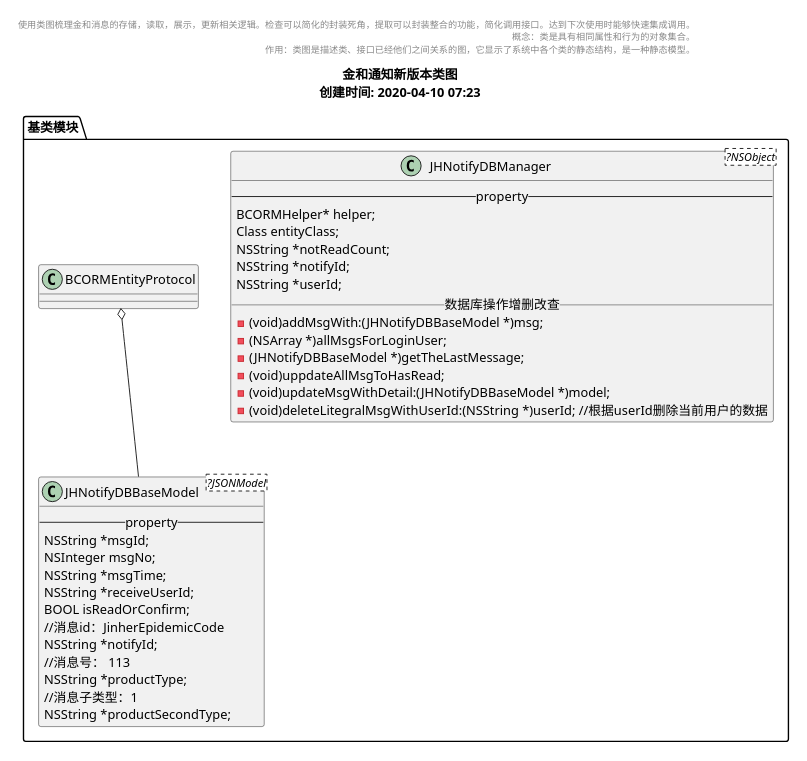
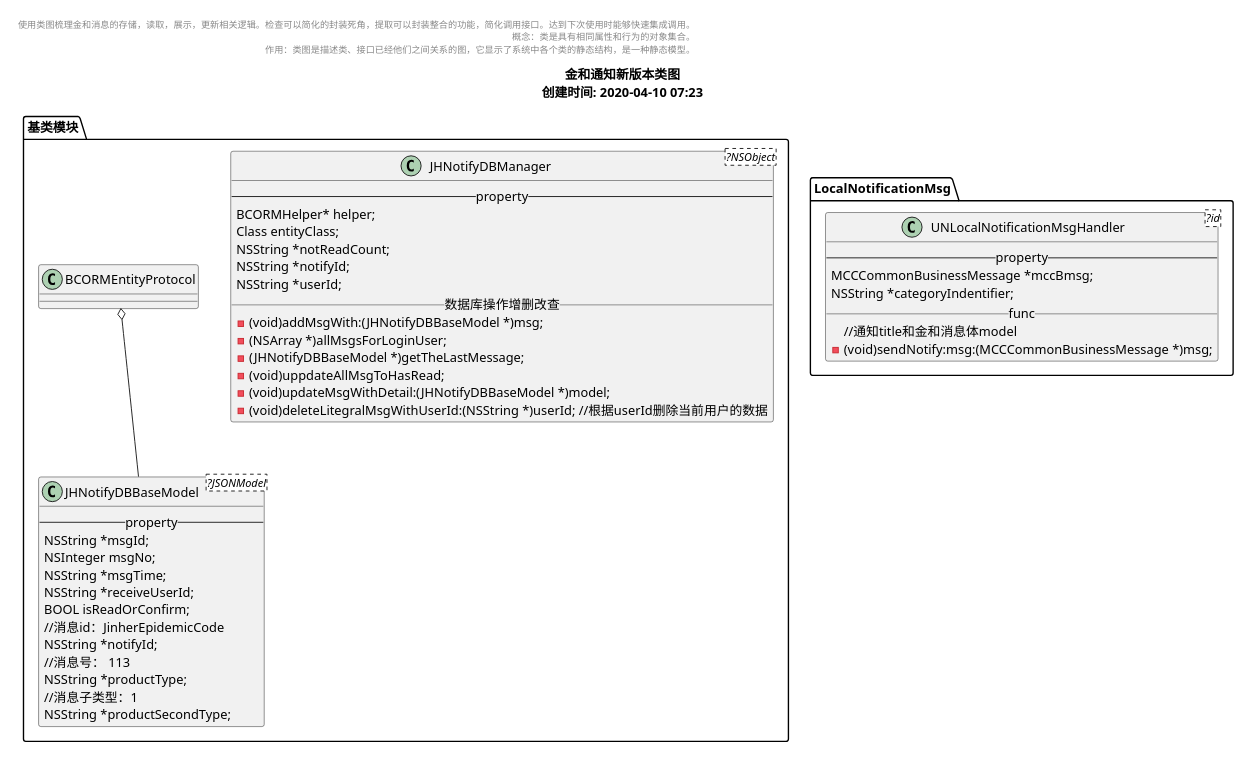
Before and after one commit to iT-Boyer/iDocs: the diagram in uml/jhnotify/notify-cls.plantuml, drawn with PlantUML.

Commit message:
功能点：金和消息类图编写 问题：

```diff
--- a/uml/jhnotify/notify-cls.plantuml
+++ b/uml/jhnotify/notify-cls.plantuml
@@ -1,48 +1,62 @@
 @startuml
 scale 0.5
 page 1x1
 title
         金和通知新版本类图
         创建时间: 2020-04-10 07:23
         endtitle
         left header
                 使用类图梳理金和消息的存储，读取，展示，更新相关逻辑。检查可以简化的封装死角，提取可以封装整合的功能，简化调用接口。达到下次使用时能够快速集成调用。
                 概念：类是具有相同属性和行为的对象集合。
                 作用：类图是描述类、接口已经他们之间关系的图，它显示了系统中各个类的静态结构，是一种静态模型。
         endheader
 
         'type:package，node，folder，frame，cloud，database
         folder "基类模块" as base{
                 class "JHNotifyDBManager" as baseDao <?NSObject> {
                         -- property --
                         BCORMHelper* helper;
                         Class entityClass;
                         NSString *notReadCount;
                         NSString *notifyId;
                         NSString *userId;
                         __数据库操作增删改查__
                         - (void)addMsgWith:(JHNotifyDBBaseModel *)msg;
                         - (NSArray *)allMsgsForLoginUser;
                         - (JHNotifyDBBaseModel *)getTheLastMessage;
                         - (void)uppdateAllMsgToHasRead;
                         - (void)updateMsgWithDetail:(JHNotifyDBBaseModel *)model;
                         - (void)deleteLitegralMsgWithUserId:(NSString *)userId; //根据userId删除当前用户的数据
                 }
                 class "JHNotifyDBBaseModel" as 消息体基类 <?JSONModel> {
                         -- property --
                         NSString *msgId;
                         NSInteger msgNo;
                         NSString *msgTime;
                         NSString *receiveUserId;
                         BOOL isReadOrConfirm;
                         //消息id：JinherEpidemicCode
                         NSString *notifyId;
                         //消息号： 113
                         NSString *productType;
                         //消息子类型：1
                         NSString *productSecondType;
                 }
                 BCORMEntityProtocol o-- 消息体基类
 
         }
+
+
+        'type:package，node，folder，frame，cloud，database
+        folder "LocalNotificationMsg" as localNotify{
+                class "UNLocalNotificationMsgHandler" as umlocal <?id> {
+                        -- property --
+                        MCCCommonBusinessMessage *mccBmsg;
+                        NSString *categoryIndentifier;
+                        __func__
+                        //通知title和金和消息体model
+                        -(void)sendNotify:msg:(MCCCommonBusinessMessage *)msg;
+                }
+
+        }
         @enduml
```
